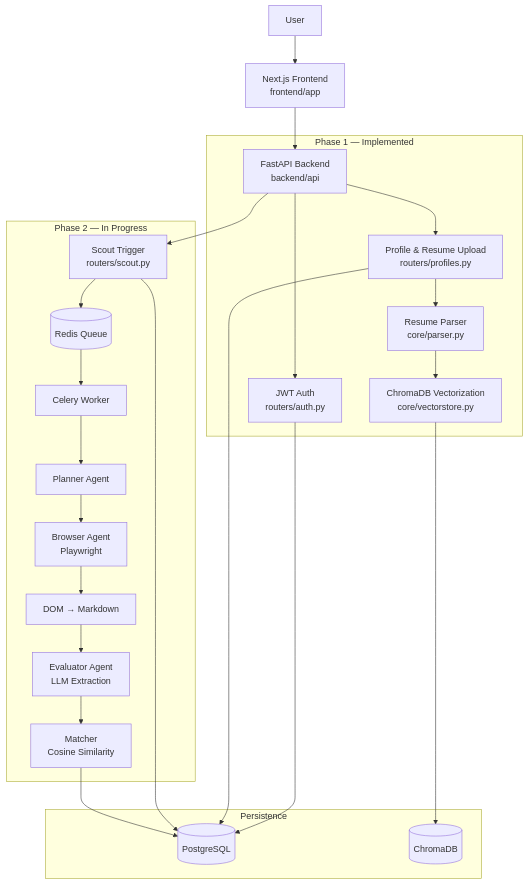
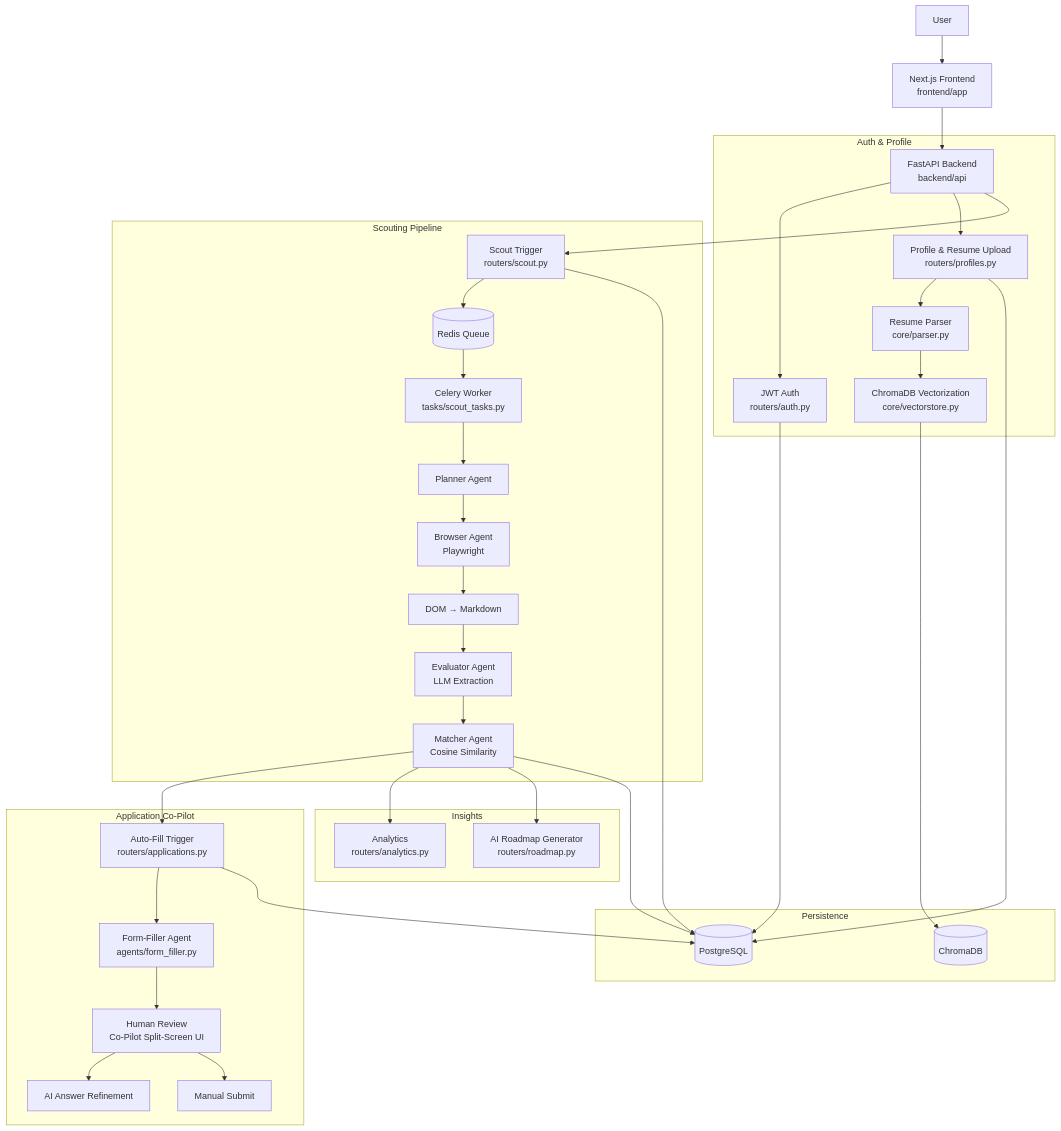
The diagram in README.md (Anubhav-bharadwaj/ScoutSphere), drawn with Mermaid before and after one commit. The commit also changed other lines of this file, not shown here.

````diff
--- a/README.md
+++ b/README.md
@@ -47,31 +49,45 @@
 ```mermaid
 flowchart TD
   U[User] --> F[Next.js Frontend<br/>frontend/app]
   F --> API[FastAPI Backend<br/>backend/api]
 
-  subgraph Auth & Profile [Phase 1 — Implemented]
+  subgraph Auth & Profile
     API --> AUTH[JWT Auth<br/>routers/auth.py]
     API --> PROF[Profile & Resume Upload<br/>routers/profiles.py]
     PROF --> PARSE[Resume Parser<br/>core/parser.py]
     PARSE --> VEC[ChromaDB Vectorization<br/>core/vectorstore.py]
   end
 
-  subgraph Agent Engine [Phase 2 — In Progress]
+  subgraph Scouting Pipeline
     API --> SCOUT[Scout Trigger<br/>routers/scout.py]
     SCOUT --> Q[(Redis Queue)]
-    Q --> W[Celery Worker]
+    Q --> W[Celery Worker<br/>tasks/scout_tasks.py]
     W --> PLAN[Planner Agent]
     PLAN --> BROW[Browser Agent<br/>Playwright]
     BROW --> D2M[DOM → Markdown]
     D2M --> EVAL[Evaluator Agent<br/>LLM Extraction]
-    EVAL --> MATCH[Matcher<br/>Cosine Similarity]
+    EVAL --> MATCH[Matcher Agent<br/>Cosine Similarity]
+  end
+
+  subgraph Application Co-Pilot
+    MATCH --> APPLY[Auto-Fill Trigger<br/>routers/applications.py]
+    APPLY --> FILL[Form-Filler Agent<br/>agents/form_filler.py]
+    FILL --> REVIEW[Human Review<br/>Co-Pilot Split-Screen UI]
+    REVIEW --> REFINE[AI Answer Refinement]
+    REVIEW --> SUBMIT[Manual Submit]
+  end
+
+  subgraph Insights
+    MATCH --> ANALYTICS[Analytics<br/>routers/analytics.py]
+    MATCH --> ROADMAP[AI Roadmap Generator<br/>routers/roadmap.py]
   end
 
   subgraph Persistence
     AUTH --> PG[(PostgreSQL)]
     PROF --> PG
     SCOUT --> PG
     MATCH --> PG
+    APPLY --> PG
     VEC --> CHROMA[(ChromaDB)]
   end
 ```
````
